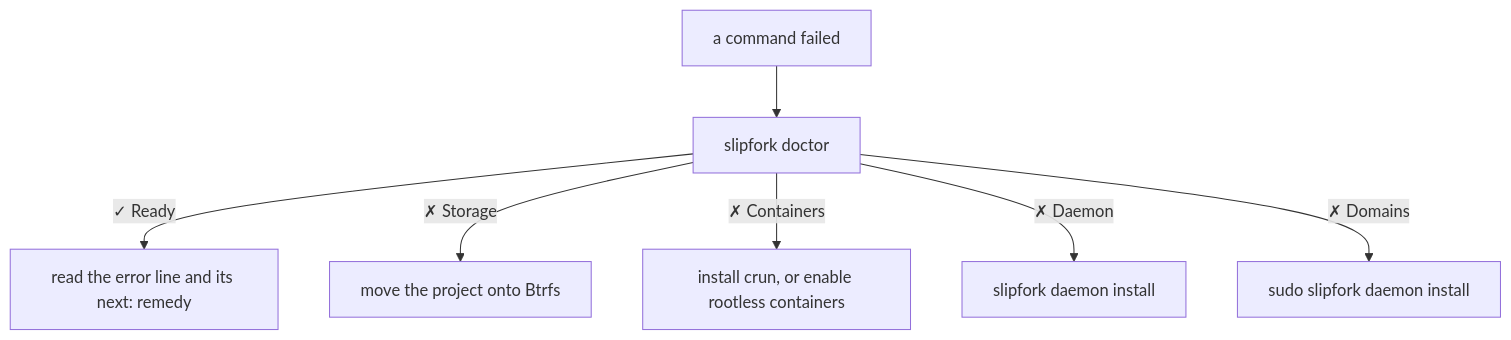
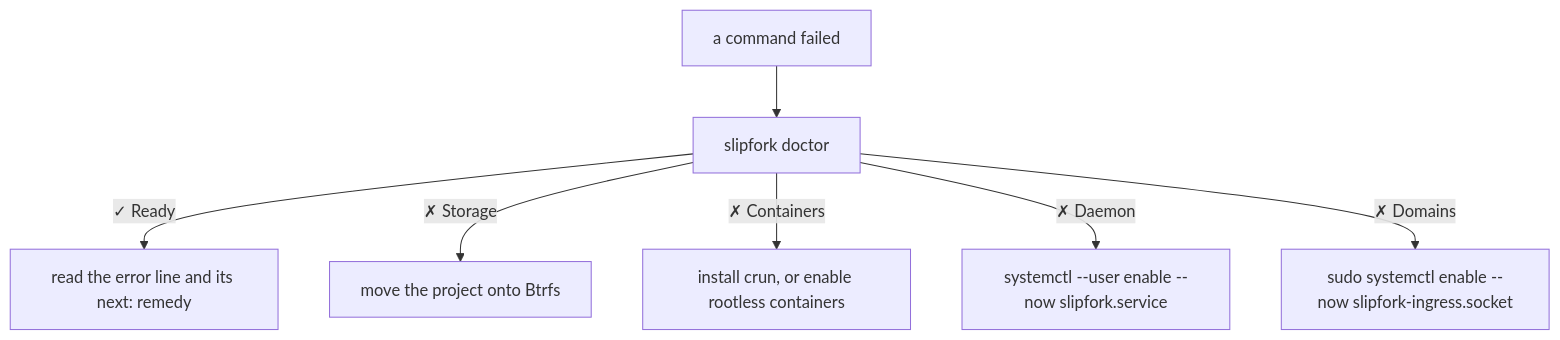
Before and after one commit to OffworldNexus/slipfork: the diagram in docs/troubleshooting.md, drawn with Mermaid. The commit also changed other lines of this file and 49 other files, not shown here.

Commit message:
[M3.79] Enable the packaged daemon and :80 ingress at install; remove `daemon install`

````diff
--- a/docs/troubleshooting.md
+++ b/docs/troubleshooting.md
@@ -15,9 +15,9 @@
 ```mermaid
 flowchart TD
   E["a command failed"] --> D["slipfork doctor"]
   D -->|"✓ Ready"| M["read the error line and its next: remedy"]
   D -->|"✗ Storage"| B["move the project onto Btrfs"]
   D -->|"✗ Containers"| N["install crun, or enable rootless containers"]
-  D -->|"✗ Daemon"| R["slipfork daemon install"]
-  D -->|"✗ Domains"| S["sudo slipfork daemon install"]
+  D -->|"✗ Daemon"| R["systemctl --user enable --now slipfork.service"]
+  D -->|"✗ Domains"| S["sudo systemctl enable --now slipfork-ingress.socket"]
 ```
````
